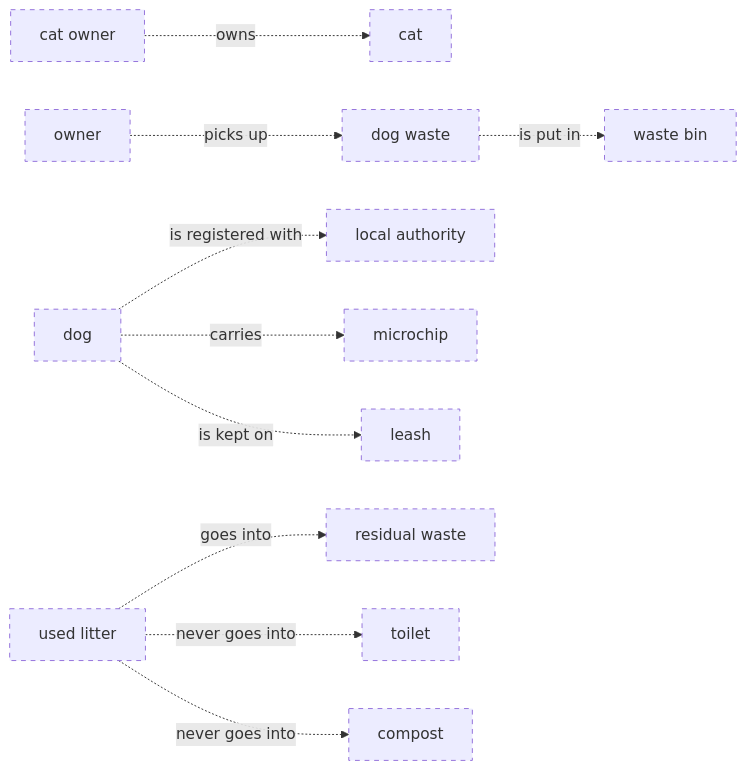
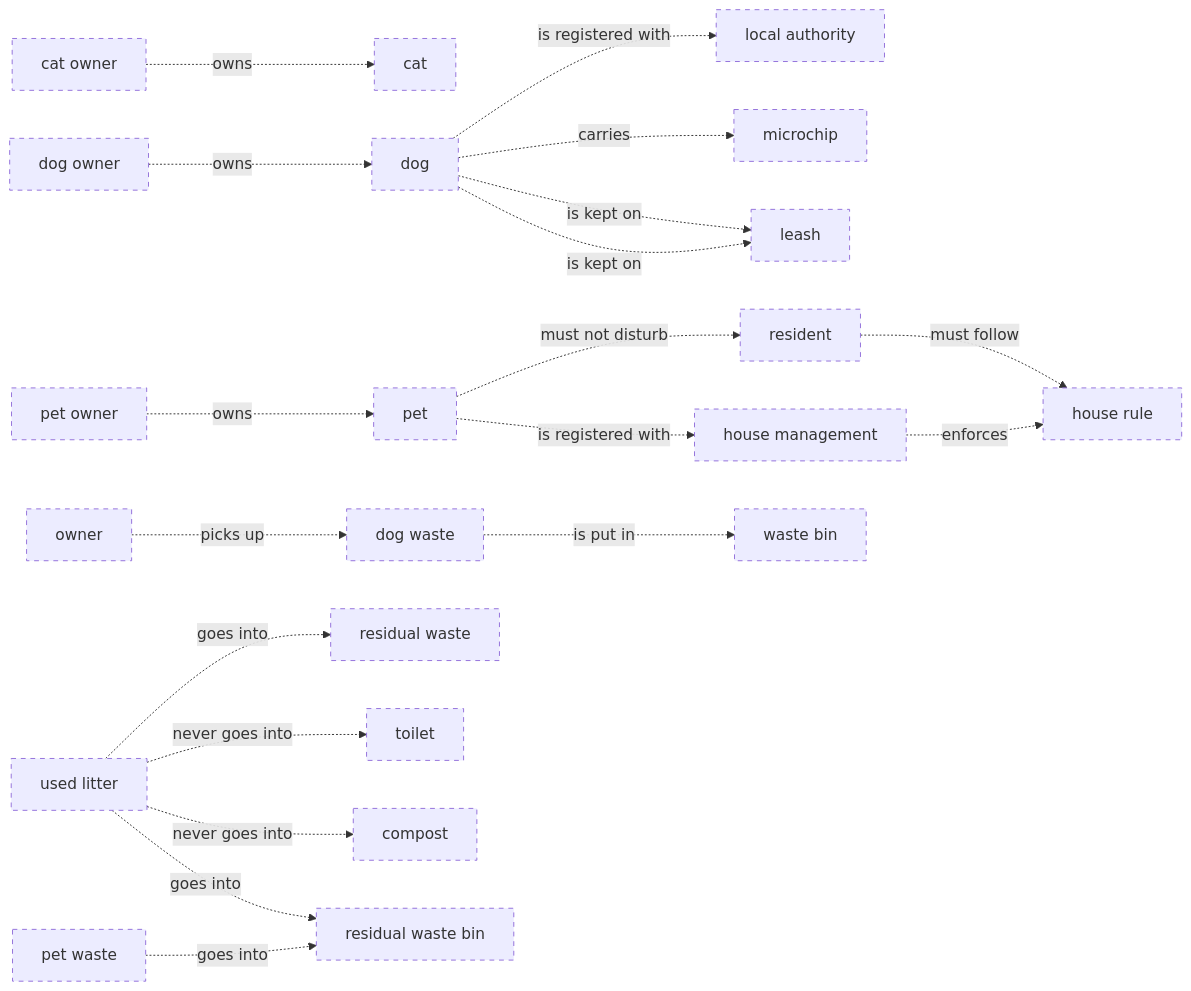
The second of 2 diagrams in data/ontology-pets-and-house-rules/03_release/00_raw/level-1.md (belaboros/DomainAiAssistant), drawn with Mermaid before and after one commit. The commit also changed other lines of this file and 327 other files, not shown here.

````diff
--- a/data/ontology-pets-and-house-rules/03_release/00_raw/level-1.md
+++ b/data/ontology-pets-and-house-rules/03_release/00_raw/level-1.md
@@ -34,27 +45,44 @@
 ```mermaid
 flowchart LR
     classDef draft stroke-dasharray: 5 5
     cn_01M82AQDR2NPZDR8C737517K86["cat"]
     cn_01M82AQDR2NPZDR8C737517K87["cat owner"]
     cn_01M82ATVV0G4J5RJ6TZ063RNYT["compost"]
     cn_01M82AC66KMJH32E2MQ3Z7ZBKM["dog"]
+    cn_01M82B3MD8NCJFJC9394MZ8MQN["dog owner"]
     cn_01M82AH1GXVV72WP99JQXMH6XS["dog waste"]
+    cn_01M82B0RVQB8E3F7FG9YPD26J7["house management"]
+    cn_01M82B0RVQB8E3F7FG9YPD26JD["house rule"]
     cn_01M82AFTZDSHCD0SK6T4N2YZW6["leash"]
     cn_01M82AC66KMJH32E2MQ3Z7ZBKS["local authority"]
     cn_01M82AC66KMJH32E2MQ3Z7ZBKT["microchip"]
     cn_01M82AE56ZYS5Y2Z0C35ECC9Y8["owner"]
+    cn_01M82B2PPZPYF6543TD3RQQKNJ["pet"]
+    cn_01M82B2PQ0Y5BYDSR06NJ167CE["pet owner"]
+    cn_01M82B4TJPFJR5BJ36WDBJT000["pet waste"]
+    cn_01M82B0RVQB8E3F7FG9YPD26J6["resident"]
     cn_01M82ATVV0G4J5RJ6TZ063RNYR["residual waste"]
+    cn_01M82B4TJPFJR5BJ36WDBJSZZZ["residual waste bin"]
     cn_01M82ATVV0G4J5RJ6TZ063RNYS["toilet"]
     cn_01M82ATVV0G4J5RJ6TZ063RNYQ["used litter"]
     cn_01M82AH1GXVV72WP99JQXMH6XT["waste bin"]
     cn_01M82AC66KMJH32E2MQ3Z7ZBKM -. "is registered with" .-> cn_01M82AC66KMJH32E2MQ3Z7ZBKS
     cn_01M82AC66KMJH32E2MQ3Z7ZBKM -. "carries" .-> cn_01M82AC66KMJH32E2MQ3Z7ZBKT
+    cn_01M82AC66KMJH32E2MQ3Z7ZBKM -. "is kept on" .-> cn_01M82AFTZDSHCD0SK6T4N2YZW6
     cn_01M82AC66KMJH32E2MQ3Z7ZBKM -. "is kept on" .-> cn_01M82AFTZDSHCD0SK6T4N2YZW6
     cn_01M82AE56ZYS5Y2Z0C35ECC9Y8 -. "picks up" .-> cn_01M82AH1GXVV72WP99JQXMH6XS
     cn_01M82AH1GXVV72WP99JQXMH6XS -. "is put in" .-> cn_01M82AH1GXVV72WP99JQXMH6XT
     cn_01M82AQDR2NPZDR8C737517K87 -. "owns" .-> cn_01M82AQDR2NPZDR8C737517K86
     cn_01M82ATVV0G4J5RJ6TZ063RNYQ -. "goes into" .-> cn_01M82ATVV0G4J5RJ6TZ063RNYR
     cn_01M82ATVV0G4J5RJ6TZ063RNYQ -. "never goes into" .-> cn_01M82ATVV0G4J5RJ6TZ063RNYS
     cn_01M82ATVV0G4J5RJ6TZ063RNYQ -. "never goes into" .-> cn_01M82ATVV0G4J5RJ6TZ063RNYT
-    class cn_01M82AQDR2NPZDR8C737517K86,cn_01M82AQDR2NPZDR8C737517K87,cn_01M82ATVV0G4J5RJ6TZ063RNYT,cn_01M82AC66KMJH32E2MQ3Z7ZBKM,cn_01M82AH1GXVV72WP99JQXMH6XS,cn_01M82AFTZDSHCD0SK6T4N2YZW6,cn_01M82AC66KMJH32E2MQ3Z7ZBKS,cn_01M82AC66KMJH32E2MQ3Z7ZBKT,cn_01M82AE56ZYS5Y2Z0C35ECC9Y8,cn_01M82ATVV0G4J5RJ6TZ063RNYR,cn_01M82ATVV0G4J5RJ6TZ063RNYS,cn_01M82ATVV0G4J5RJ6TZ063RNYQ,cn_01M82AH1GXVV72WP99JQXMH6XT draft
+    cn_01M82ATVV0G4J5RJ6TZ063RNYQ -. "goes into" .-> cn_01M82B4TJPFJR5BJ36WDBJSZZZ
+    cn_01M82B0RVQB8E3F7FG9YPD26J6 -. "must follow" .-> cn_01M82B0RVQB8E3F7FG9YPD26JD
+    cn_01M82B0RVQB8E3F7FG9YPD26J7 -. "enforces" .-> cn_01M82B0RVQB8E3F7FG9YPD26JD
+    cn_01M82B2PPZPYF6543TD3RQQKNJ -. "must not disturb" .-> cn_01M82B0RVQB8E3F7FG9YPD26J6
+    cn_01M82B2PPZPYF6543TD3RQQKNJ -. "is registered with" .-> cn_01M82B0RVQB8E3F7FG9YPD26J7
+    cn_01M82B2PQ0Y5BYDSR06NJ167CE -. "owns" .-> cn_01M82B2PPZPYF6543TD3RQQKNJ
+    cn_01M82B3MD8NCJFJC9394MZ8MQN -. "owns" .-> cn_01M82AC66KMJH32E2MQ3Z7ZBKM
+    cn_01M82B4TJPFJR5BJ36WDBJT000 -. "goes into" .-> cn_01M82B4TJPFJR5BJ36WDBJSZZZ
+    class cn_01M82AQDR2NPZDR8C737517K86,cn_01M82AQDR2NPZDR8C737517K87,cn_01M82ATVV0G4J5RJ6TZ063RNYT,cn_01M82AC66KMJH32E2MQ3Z7ZBKM,cn_01M82B3MD8NCJFJC9394MZ8MQN,cn_01M82AH1GXVV72WP99JQXMH6XS,cn_01M82B0RVQB8E3F7FG9YPD26J7,cn_01M82B0RVQB8E3F7FG9YPD26JD,cn_01M82AFTZDSHCD0SK6T4N2YZW6,cn_01M82AC66KMJH32E2MQ3Z7ZBKS,cn_01M82AC66KMJH32E2MQ3Z7ZBKT,cn_01M82AE56ZYS5Y2Z0C35ECC9Y8,cn_01M82B2PPZPYF6543TD3RQQKNJ,cn_01M82B2PQ0Y5BYDSR06NJ167CE,cn_01M82B4TJPFJR5BJ36WDBJT000,cn_01M82B0RVQB8E3F7FG9YPD26J6,cn_01M82ATVV0G4J5RJ6TZ063RNYR,cn_01M82B4TJPFJR5BJ36WDBJSZZZ,cn_01M82ATVV0G4J5RJ6TZ063RNYS,cn_01M82ATVV0G4J5RJ6TZ063RNYQ,cn_01M82AH1GXVV72WP99JQXMH6XT draft
 ```
````
